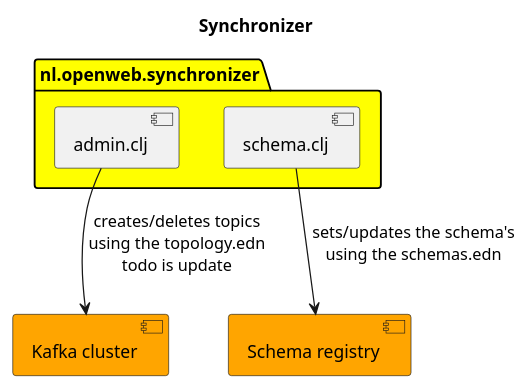
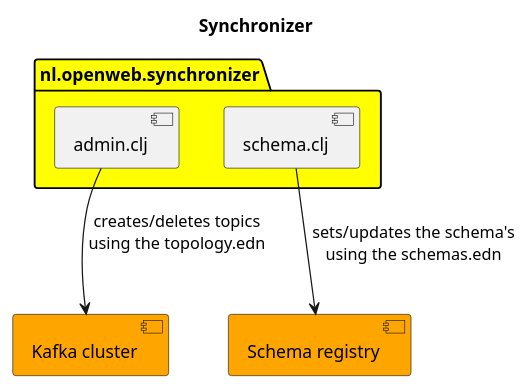
Before and after one commit to openweb-nl/open-bank-mark: the diagram in resources/synchronizer.puml, drawn with PlantUML. The commit also changed 12 other files, not shown here.

Commit message:
small improvements to the uml's

```diff
--- a/resources/synchronizer.puml
+++ b/resources/synchronizer.puml
@@ -1,15 +1,15 @@
 @startuml
 
 title Synchronizer
 
 package nl.openweb.synchronizer #Yellow {
     component admin.clj as admin
     component schema.clj as schema
 }
 [Kafka cluster] as kc #Orange
 [Schema registry] as sr #Orange
 
-admin --> kc: creates/deletes topics\nusing the topology.edn\ntodo is update
+admin --> kc: creates/deletes topics\nusing the topology.edn\n
 schema --> sr: sets/updates the schema's\nusing the schemas.edn
 
 @enduml
```
